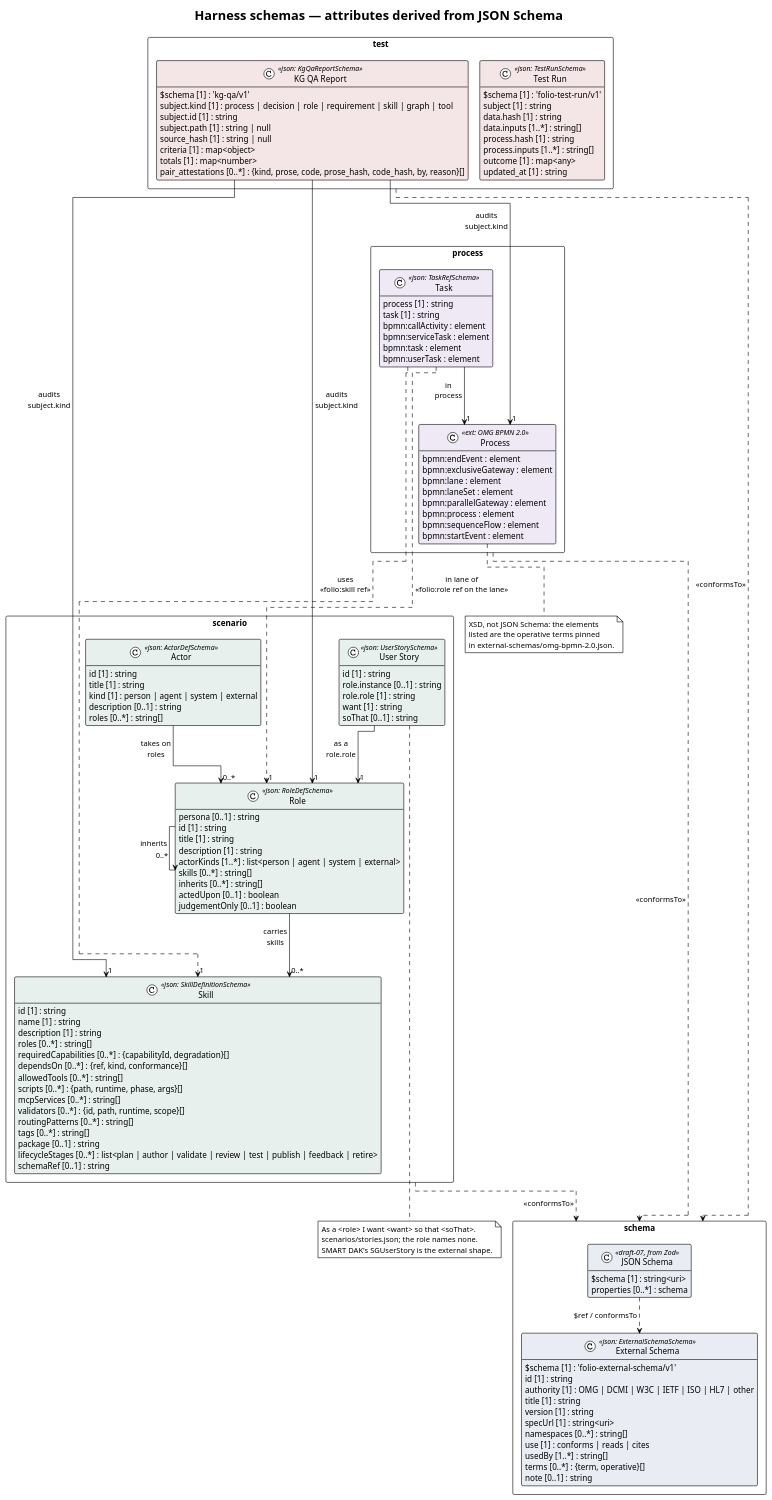
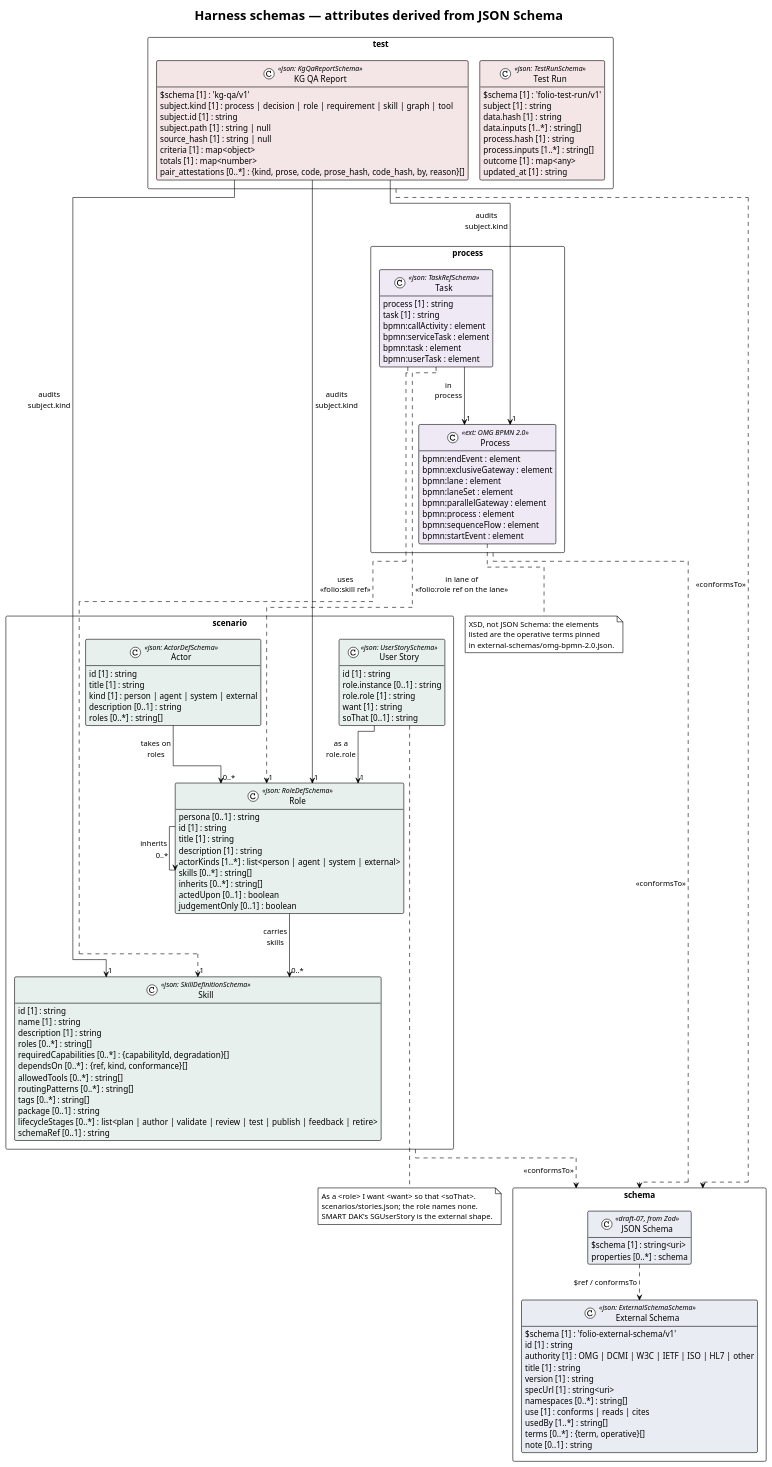
Before and after one commit to litlfred/folio-assistant: the diagram in cat-harness/uml/harness-schemas.puml, drawn with PlantUML. The commit also changed 147 other files, not shown here.

First line of the commit message:
B3a (#1168): mechanisms become Tools; satisfiedBy and GraphKindDef.skill flipped

```diff
--- a/cat-harness/uml/harness-schemas.puml
+++ b/cat-harness/uml/harness-schemas.puml
@@ -4,150 +4,147 @@
 @startuml harness-schemas
 ' ELK routes edges around class boxes; dot and smetana draw through them.
 !pragma layout elk
 skinparam nodesep 60
 skinparam ranksep 80
 !theme plain
 skinparam classAttributeIconSize 0
 skinparam shadowing false
 skinparam packageStyle rectangle
 skinparam stereotypeCBackgroundColor #FDFDFB
 hide empty methods
 
 title Harness schemas — attributes derived from JSON Schema
 
 package scenario {
   class "Actor" as Actor <<json: ActorDefSchema>> #e8f0ee {
     id [1] : string
     title [1] : string
     kind [1] : person | agent | system | external
     description [0..1] : string
     roles [0..*] : string[]
   }
   class "Role" as Role <<json: RoleDefSchema>> #e8f0ee {
     persona [0..1] : string
     id [1] : string
     title [1] : string
     description [1] : string
     actorKinds [1..*] : list<person | agent | system | external>
     skills [0..*] : string[]
     inherits [0..*] : string[]
     actedUpon [0..1] : boolean
     judgementOnly [0..1] : boolean
   }
   class "Skill" as Skill <<json: SkillDefinitionSchema>> #e8f0ee {
     id [1] : string
     name [1] : string
     description [1] : string
     roles [0..*] : string[]
     requiredCapabilities [0..*] : {capabilityId, degradation}[]
     dependsOn [0..*] : {ref, kind, conformance}[]
     allowedTools [0..*] : string[]
-    scripts [0..*] : {path, runtime, phase, args}[]
-    mcpServices [0..*] : string[]
-    validators [0..*] : {id, path, runtime, scope}[]
     routingPatterns [0..*] : string[]
     tags [0..*] : string[]
     package [0..1] : string
     lifecycleStages [0..*] : list<plan | author | validate | review | test | publish | feedback | retire>
     schemaRef [0..1] : string
   }
   class "User Story" as UserStory <<json: UserStorySchema>> #e8f0ee {
     id [1] : string
     role.instance [0..1] : string
     role.role [1] : string
     want [1] : string
     soThat [0..1] : string
   }
 }
 
 package process {
   class "Process" as Process <<ext: OMG BPMN 2.0>> #eee9f5 {
     bpmn:endEvent : element
     bpmn:exclusiveGateway : element
     bpmn:lane : element
     bpmn:laneSet : element
     bpmn:parallelGateway : element
     bpmn:process : element
     bpmn:sequenceFlow : element
     bpmn:startEvent : element
   }
   class "Task" as Task <<json: TaskRefSchema>> #eee9f5 {
     process [1] : string
     task [1] : string
     bpmn:callActivity : element
     bpmn:serviceTask : element
     bpmn:task : element
     bpmn:userTask : element
   }
 }
 
 package schema {
   class "External Schema" as ExternalSchema <<json: ExternalSchemaSchema>> #e9edf3 {
     $schema [1] : 'folio-external-schema/v1'
     id [1] : string
     authority [1] : OMG | DCMI | W3C | IETF | ISO | HL7 | other
     title [1] : string
     version [1] : string
     specUrl [1] : string<uri>
     namespaces [0..*] : string[]
     use [1] : conforms | reads | cites
     usedBy [1..*] : string[]
     terms [0..*] : {term, operative}[]
     note [0..1] : string
   }
   class "JSON Schema" as JsonSchema <<draft-07, from Zod>> #e9edf3 {
     $schema [1] : string<uri>
     properties [0..*] : schema
   }
   JsonSchema ..> ExternalSchema : $ref / conformsTo
 }
 
 package test {
   class "Test Run" as TestRun <<json: TestRunSchema>> #f4e6e6 {
     $schema [1] : 'folio-test-run/v1'
     subject [1] : string
     data.hash [1] : string
     data.inputs [1..*] : string[]
     process.hash [1] : string
     process.inputs [1..*] : string[]
     outcome [1] : map<any>
     updated_at [1] : string
   }
   class "KG QA Report" as KgQaReport <<json: KgQaReportSchema>> #f4e6e6 {
     $schema [1] : 'kg-qa/v1'
     subject.kind [1] : process | decision | role | requirement | skill | graph | tool
     subject.id [1] : string
     subject.path [1] : string | null
     source_hash [1] : string | null
     criteria [1] : map<object>
     totals [1] : map<number>
     pair_attestations [0..*] : {kind, prose, code, prose_hash, code_hash, by, reason}[]
   }
 }
 
 note bottom of UserStory
   As a <role> I want <want> so that <soThat>.
   scenarios/stories.json; the role names none.
   SMART DAK's SGUserStory is the external shape.
 end note
 note bottom of Process
   XSD, not JSON Schema: the elements
   listed are the operative terms pinned
   in external-schemas/omg-bpmn-2.0.json.
 end note
 
 Actor --> "0..*" Role : takes on\nroles
 Role --> "0..*" Role : inherits
 Role --> "0..*" Skill : carries\nskills
 UserStory --> "1" Role : as a\nrole.role
 Task --> "1" Process : in\nprocess
 Task ..> "1" Role : in lane of\n«folio:role ref on the lane»
 Task ..> "1" Skill : uses\n«folio:skill ref»
 KgQaReport --> "1" Role : audits\nsubject.kind
 KgQaReport --> "1" Process : audits\nsubject.kind
 KgQaReport --> "1" Skill : audits\nsubject.kind
 
 scenario ..> schema : <<conformsTo>>
 process ..> schema : <<conformsTo>>
 test ..> schema : <<conformsTo>>
 @enduml
```
